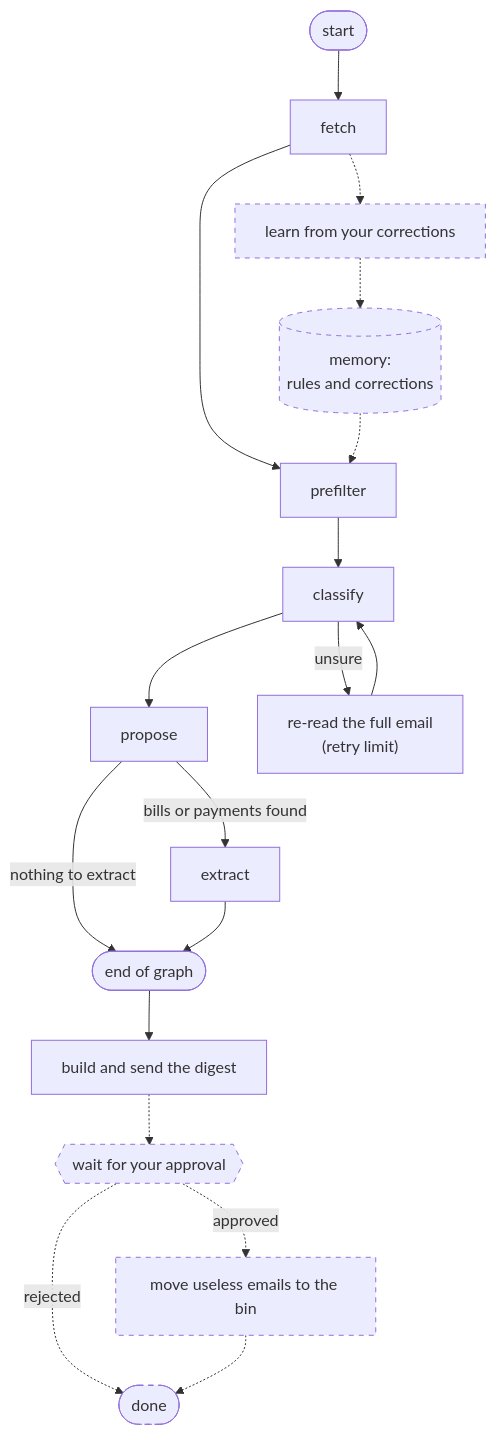
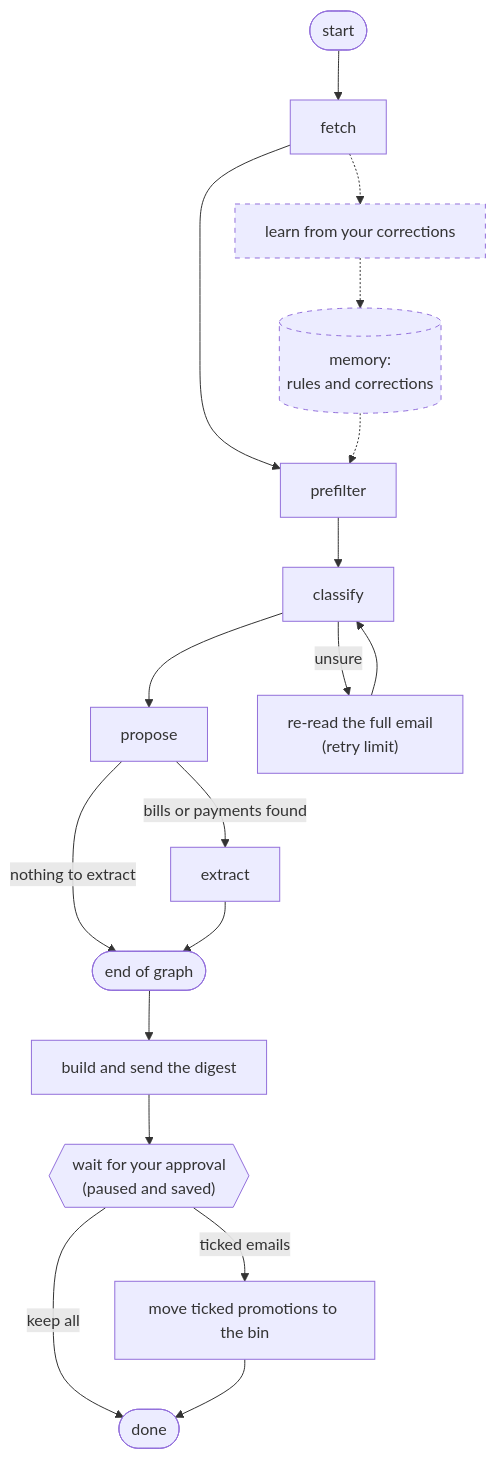
Before and after one commit to prerakhere/email-agent: the first of 2 diagrams in README.md, drawn with Mermaid. The commit also changed other lines of this file, not shown here.

First line of the commit message:
Describe the approved clean-up in the README

````diff
--- a/README.md
+++ b/README.md
@@ -40,21 +42,21 @@
 ```mermaid
 graph TD;
     start([start]) --> fetch
     fetch --> prefilter
     fetch -.-> learn["learn from your corrections"]:::planned
     learn -.-> memory[("memory:<br/>rules and corrections")]:::planned
     memory -.-> prefilter
     prefilter --> classify
     classify --> propose
     classify -->|unsure| reread["re-read the full email<br/>(retry limit)"]
     reread --> classify
     propose -->|bills or payments found| extract
     propose -->|nothing to extract| finish([end of graph])
     extract --> finish
     finish --> digest["build and send the digest"]
-    digest -.-> approval{{"wait for your approval"}}:::planned
-    approval -.->|approved| bin["move useless emails to the bin"]:::planned
-    approval -.->|rejected| done([done]):::planned
-    bin -.-> done
+    digest --> approval{{"wait for your approval<br/>(paused and saved)"}}
+    approval -->|ticked emails| bin["move ticked promotions to the bin"]
+    approval -->|keep all| done([done])
+    bin --> done
     classDef planned stroke-dasharray: 5 5
 ```
````
